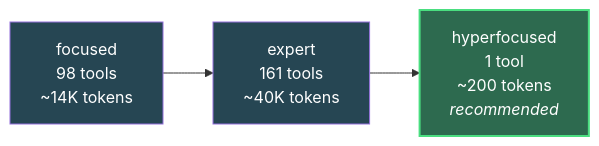
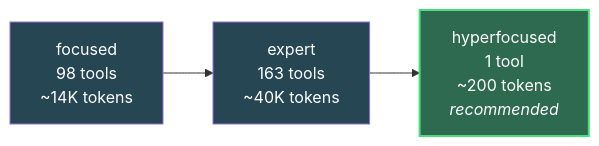
One commit to SkvallKu/vibing-steampunk changed the third of 3 diagrams in README.md. Above: the diagram before and after it, drawn with Mermaid. The commit also changed other lines of this file and 22 other files, not shown here.

````diff
--- a/README.md
+++ b/README.md
@@ -2172,8 +2172,8 @@
 ```mermaid
 graph LR
-    F["focused<br/>98 tools<br/>~14K tokens"] --> E["expert<br/>161 tools<br/>~40K tokens"]
+    F["focused<br/>98 tools<br/>~14K tokens"] --> E["expert<br/>163 tools<br/>~40K tokens"]
     E --> H["hyperfocused<br/>1 tool<br/>~200 tokens<br/><i>recommended</i>"]
     style H fill:#2d6a4f,color:#fff,stroke:#4ade80,stroke-width:2px
     style F fill:#264653,color:#fff
     style E fill:#264653,color:#fff
 ```
````
